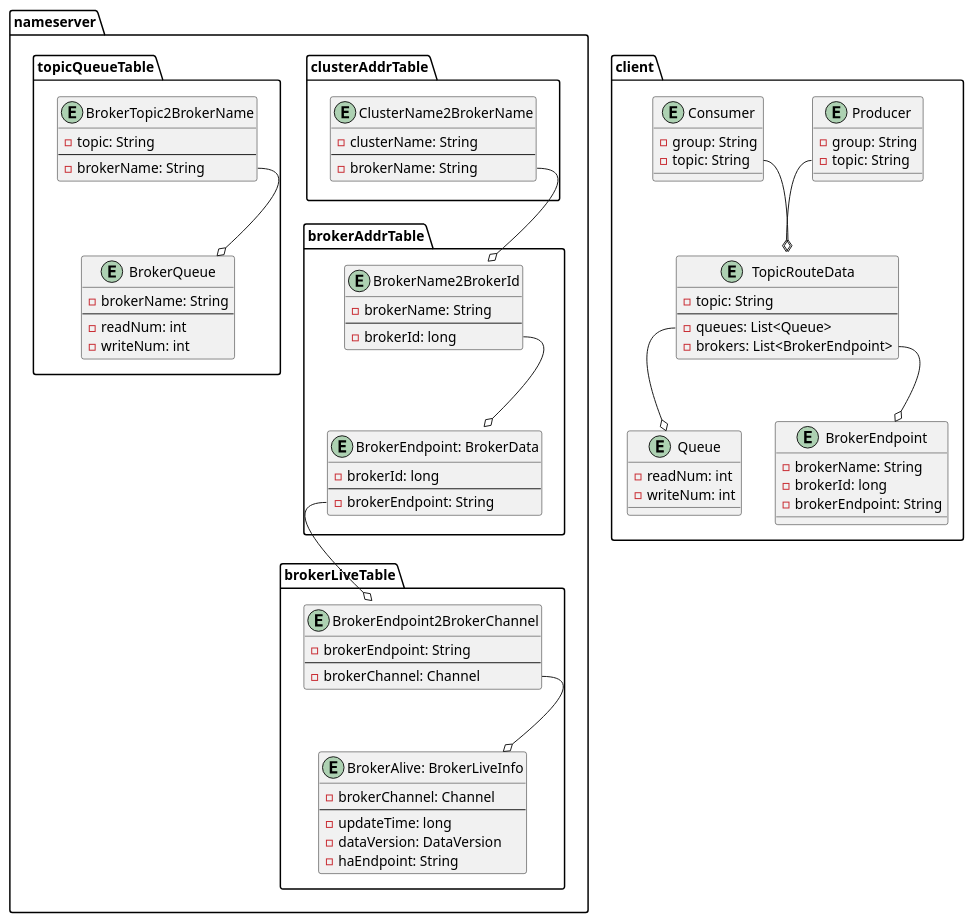
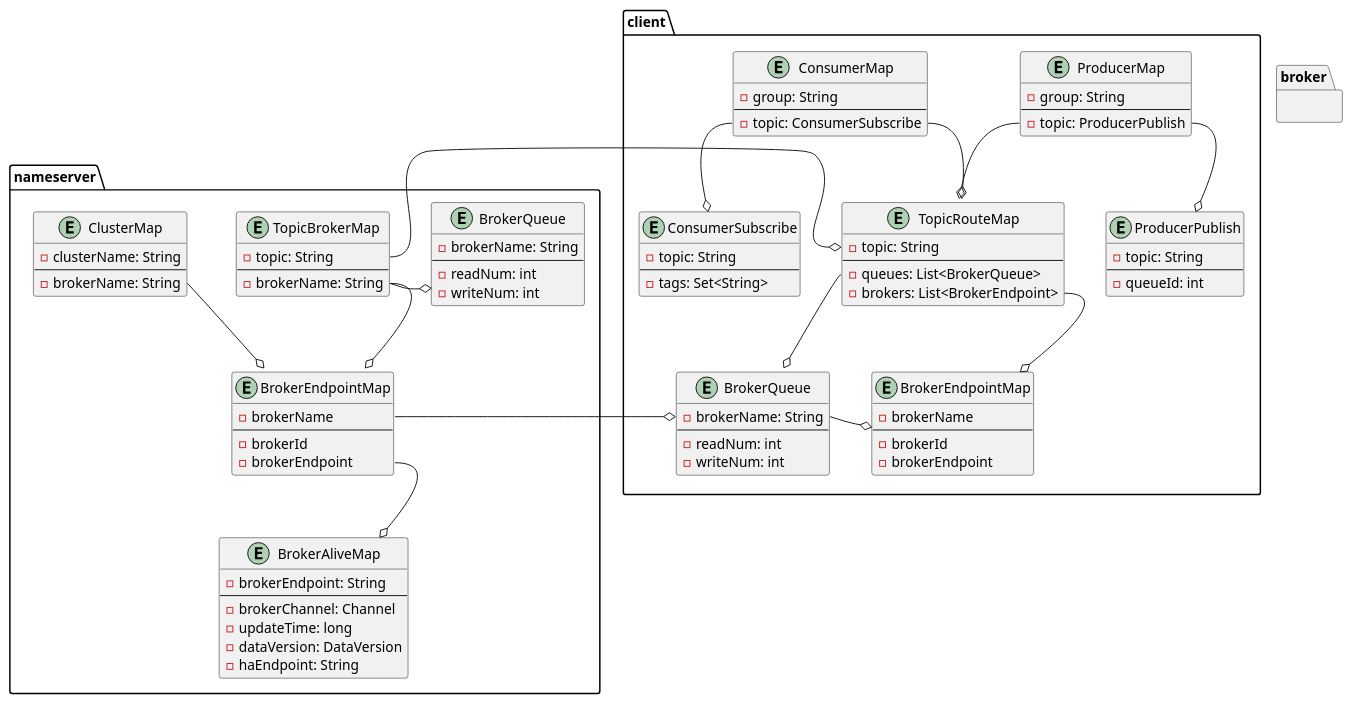
One commit to jonsalam/rocketmq-better changed the diagram in plantuml/服务发现.plantuml. Above: the diagram before and after it, drawn with PlantUML.

Commit message:
nameserver: heartbeat

```diff
--- a/plantuml/服务发现.plantuml
+++ b/plantuml/服务发现.plantuml
@@ -1,97 +1,104 @@
 @startuml
 
-package nameserver {
-    package clusterAddrTable {
-        entity ClusterName2BrokerName {
-            - clusterName: String
-            --
-            - brokerName: String
-        }
+namespace nameserver {
+    entity ClusterMap {
+        - clusterName: String
+        --
+        - brokerName: String
     }
 
-    package brokerAddrTable {
-        entity BrokerName2BrokerId {
-            - brokerName: String
-            --
-            - brokerId: long
-        }
-
-        entity "BrokerEndpoint: BrokerData" as BrokerId2BrokerEndpoint {
-            - brokerId: long
-            --
-            - brokerEndpoint: String
-        }
+    entity BrokerEndpointMap {
+        - brokerName
+        --
+        - brokerId
+        - brokerEndpoint
     }
 
-    package brokerLiveTable {
-        entity BrokerEndpoint2BrokerChannel {
-            - brokerEndpoint: String
-            --
-            - brokerChannel: Channel
-        }
-
-        entity "BrokerAlive: BrokerLiveInfo" as BrokerAlive {
-            - brokerChannel: Channel
-            --
-            - updateTime: long
-            - dataVersion: DataVersion
-            - haEndpoint: String
-        }
+    entity BrokerAliveMap {
+        - brokerEndpoint: String
+        --
+        - brokerChannel: Channel
+        - updateTime: long
+        - dataVersion: DataVersion
+        - haEndpoint: String
     }
 
-    package topicQueueTable {
-        entity BrokerTopic2BrokerName {
-            - topic: String
-            --
-            - brokerName: String
-        }
-
-        entity BrokerQueue {
-            - brokerName: String
-            --
-            - readNum: int
-            - writeNum: int
-        }
+    entity TopicBrokerMap {
+        - topic: String
+        --
+        - brokerName: String
     }
 
-    ClusterName2BrokerName::brokerName --o BrokerName2BrokerId
-    BrokerName2BrokerId::brokerId --o BrokerId2BrokerEndpoint
-    BrokerId2BrokerEndpoint::brokerEndpoint --o BrokerEndpoint2BrokerChannel
-    BrokerEndpoint2BrokerChannel::brokerChannel --o BrokerAlive
-    BrokerTopic2BrokerName::brokerName --o BrokerQueue
-}
-
-package client {
-    entity Producer {
-        - group: String
-        - topic: String
-    }
-    entity Consumer {
-        - group: String
-        - topic: String
-    }
-    entity Queue {
+    entity BrokerQueue {
+        - brokerName: String
+        --
         - readNum: int
         - writeNum: int
     }
 
-    entity TopicRouteData {
-        - topic: String
-        --
-        - queues: List<Queue>
-        - brokers: List<BrokerEndpoint>
-    }
-    entity BrokerEndpoint {
-        - brokerName: String
-        - brokerId: long
-        - brokerEndpoint: String
-    }
+    ClusterMap::brokerName --o BrokerEndpointMap
+    BrokerEndpointMap::brokerEndpoint --o BrokerAliveMap
+    TopicBrokerMap::brokerName --o BrokerEndpointMap
+    TopicBrokerMap::brokerName -o BrokerQueue
+}
 
-    Consumer::topic --o TopicRouteData
-    Producer::topic --o TopicRouteData
-    TopicRouteData::queues  --o Queue
-    TopicRouteData::brokers --o BrokerEndpoint
+namespace broker {
 
 }
 
+namespace client {
+    entity ProducerPublish {
+        - topic: String
+        --
+        - queueId: int
+    }
+    entity ProducerMap {
+        - group: String
+        --
+        - topic: ProducerPublish
+    }
+
+    entity ConsumerMap {
+        - group: String
+        --
+        - topic: ConsumerSubscribe
+    }
+    entity ConsumerSubscribe {
+        - topic: String
+        --
+        - tags: Set<String>
+    }
+    ProducerMap::topic --o ProducerPublish
+    ConsumerMap::topic --o ConsumerSubscribe
+
+    entity TopicRouteMap {
+        - topic: String
+        --
+        - queues: List<BrokerQueue>
+        - brokers: List<BrokerEndpoint>
+    }
+    entity BrokerQueue {
+        - brokerName: String
+        --
+        - readNum: int
+        - writeNum: int
+    }
+
+    entity BrokerEndpointMap {
+        - brokerName
+        --
+        - brokerId
+        - brokerEndpoint
+    }
+
+    ConsumerMap::topic --o TopicRouteMap
+    ProducerMap::topic --o TopicRouteMap
+    TopicRouteMap::queues  --o BrokerQueue
+    TopicRouteMap::brokers -o BrokerEndpointMap
+    BrokerQueue::brokerName -o BrokerEndpointMap
+}
+
+nameserver.BrokerEndpointMap::brokerName -o client.BrokerQueue::brokerName
+nameserver.TopicBrokerMap::topic -o client.TopicRouteMap::topic
+
 @enduml
```
